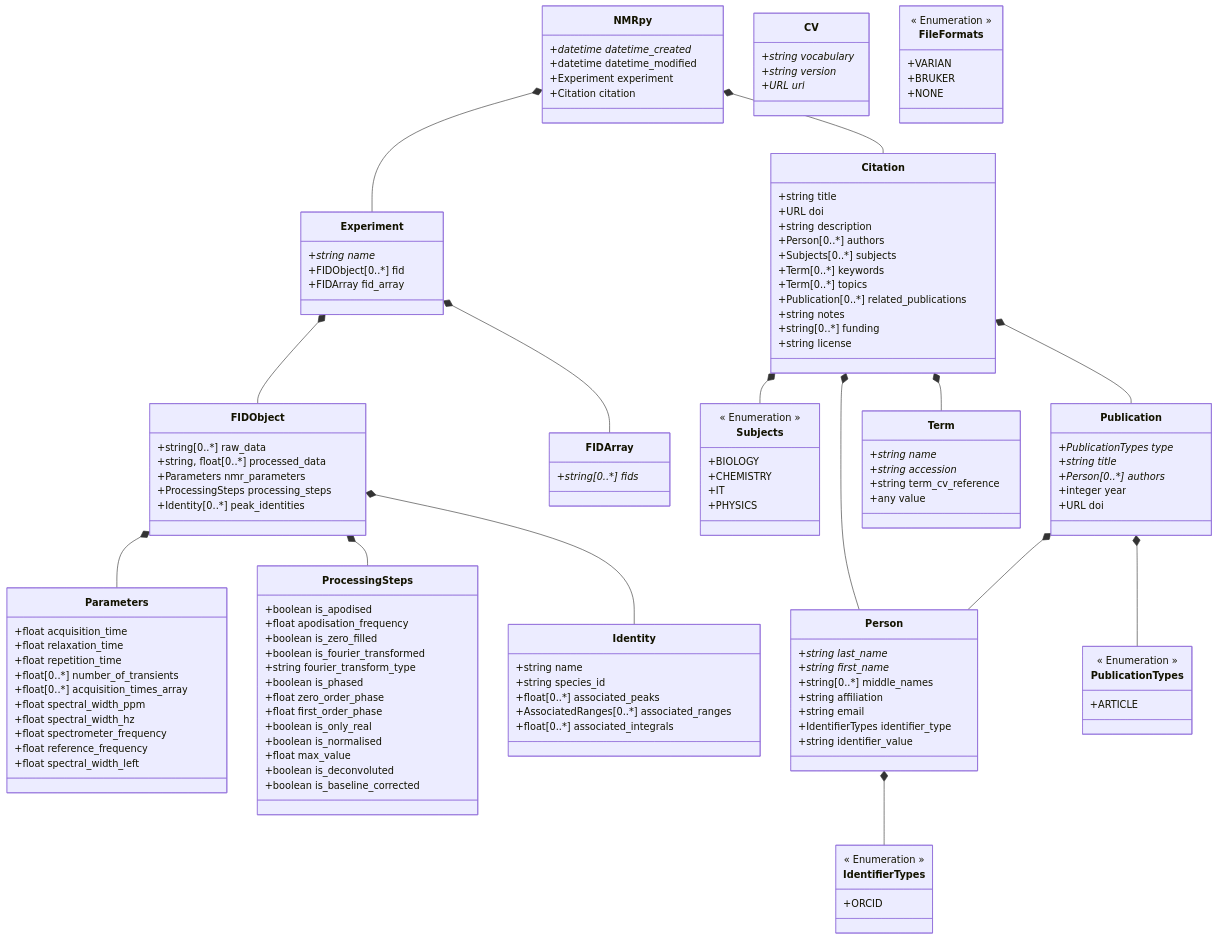
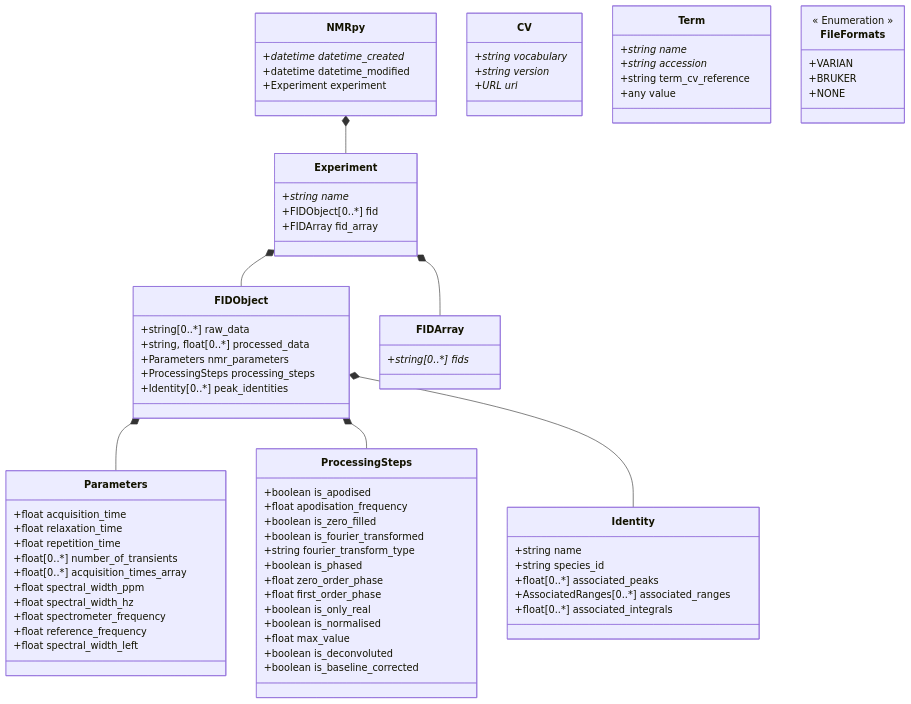
Before and after one commit to NMRPy/nmrpy: the diagram in nmrpy/datamodel/schemes/datamodel_schema.md, drawn with Mermaid. The commit also changed 28 other files, not shown here.

````diff
--- a/nmrpy/datamodel/schemes/datamodel_schema.md
+++ b/nmrpy/datamodel/schemes/datamodel_schema.md
@@ -1,25 +1,16 @@
 ```mermaid
 classDiagram
     NMRpy *-- Experiment
-    NMRpy *-- Citation
     Experiment *-- FIDObject
     Experiment *-- FIDArray
     FIDObject *-- Parameters
     FIDObject *-- ProcessingSteps
     FIDObject *-- Identity
-    Citation *-- Subjects
-    Citation *-- Person
-    Citation *-- Publication
-    Citation *-- Term
-    Person *-- IdentifierTypes
-    Publication *-- PublicationTypes
-    Publication *-- Person
     
     class NMRpy {
         +datetime datetime_created*
         +datetime datetime_modified
         +Experiment experiment
-        +Citation citation
     }
     
     class Experiment {
@@ -77,38 +68,6 @@
         +string[0..*] fids*
     }
     
-    class Citation {
-        +string title
-        +URL doi
-        +string description
-        +Person[0..*] authors
-        +Subjects[0..*] subjects
-        +Term[0..*] keywords
-        +Term[0..*] topics
-        +Publication[0..*] related_publications
-        +string notes
-        +string[0..*] funding
-        +string license
-    }
-    
-    class Person {
-        +string last_name*
-        +string first_name*
-        +string[0..*] middle_names
-        +string affiliation
-        +string email
-        +IdentifierTypes identifier_type
-        +string identifier_value
-    }
-    
-    class Publication {
-        +PublicationTypes type*
-        +string title*
-        +Person[0..*] authors*
-        +integer year
-        +URL doi
-    }
-    
     class CV {
         +string vocabulary*
         +string version*
@@ -129,22 +88,4 @@
         +NONE
     }
     
-    class Subjects {
-        << Enumeration >>
-        +BIOLOGY
-        +CHEMISTRY
-        +IT
-        +PHYSICS
-    }
-    
-    class PublicationTypes {
-        << Enumeration >>
-        +ARTICLE
-    }
-    
-    class IdentifierTypes {
-        << Enumeration >>
-        +ORCID
-    }
-    
 ```
````
